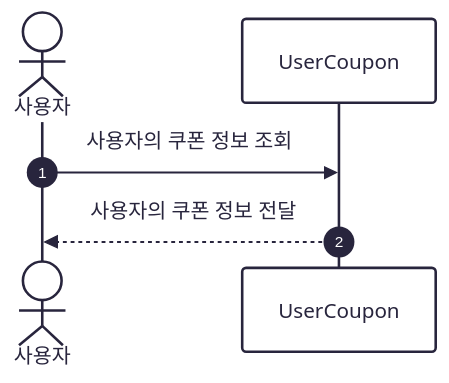
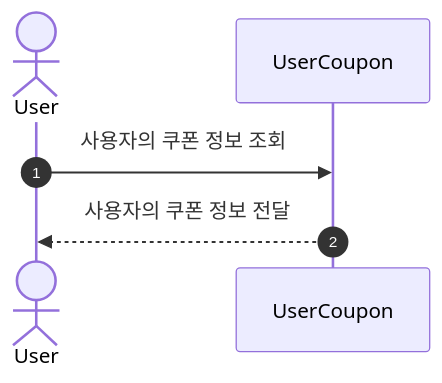
Before and after one commit to kdmstj/hanghae_ecommerce: the fifth of 12 diagrams in docs/sequence_diagram.md, drawn with Mermaid. The commit also changed other lines of this file, not shown here.

First line of the commit message:
docs: 시퀀스 다이어그램 수정

````diff
--- a/docs/sequence_diagram.md
+++ b/docs/sequence_diagram.md
@@ -150,12 +190,8 @@
 ```mermaid
----
-config:
-  theme: redux
----
 sequenceDiagram
     autonumber
-    actor User as 사용자
+    actor User
     participant UserCoupon
     User ->> UserCoupon : 사용자의 쿠폰 정보 조회
     UserCoupon -->> User : 사용자의 쿠폰 정보 전달
 ```
````
